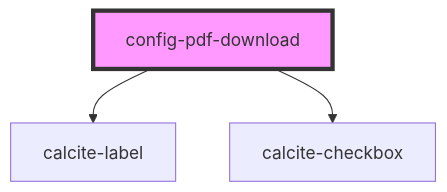
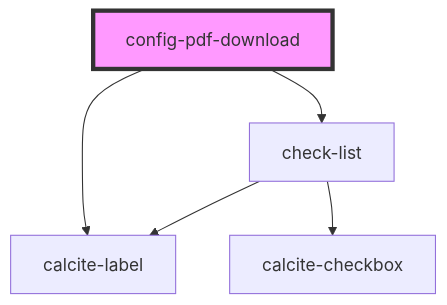
The diagram in src/components/config-pdf-download/readme.md (Esri/solutions-components), drawn with Mermaid before and after one commit. The commit also changed other lines of this file and 3 other files, not shown here.

Commit message:
use check list from config pdf download

````diff
--- a/src/components/config-pdf-download/readme.md
+++ b/src/components/config-pdf-download/readme.md
@@ -36,6 +36,8 @@
 ```mermaid
 graph TD;
   config-pdf-download --> calcite-label
-  config-pdf-download --> calcite-checkbox
+  config-pdf-download --> check-list
+  check-list --> calcite-label
+  check-list --> calcite-checkbox
   style config-pdf-download fill:#f9f,stroke:#333,stroke-width:4px
 ```
````
